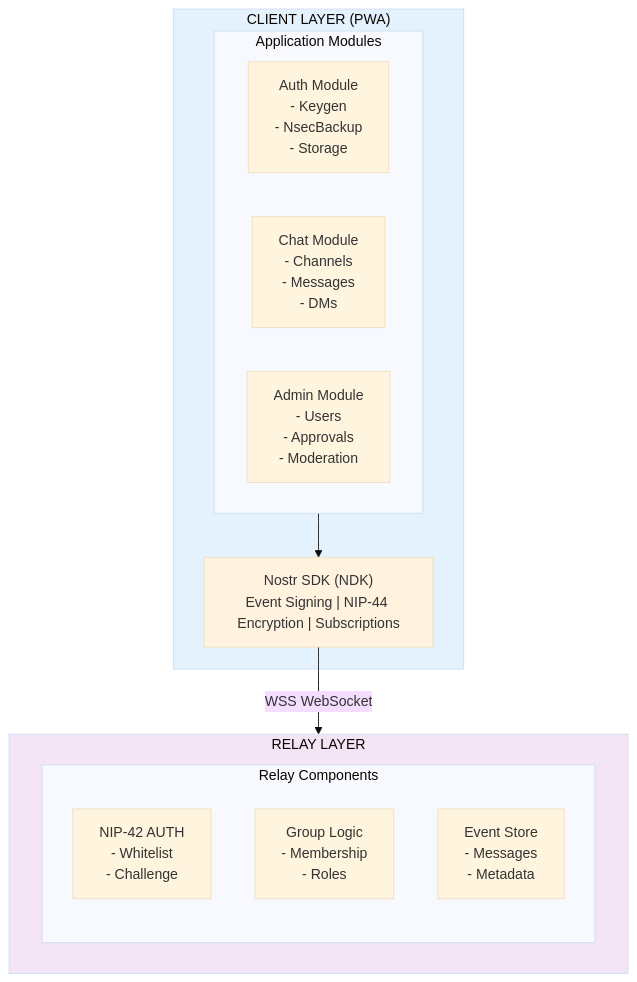
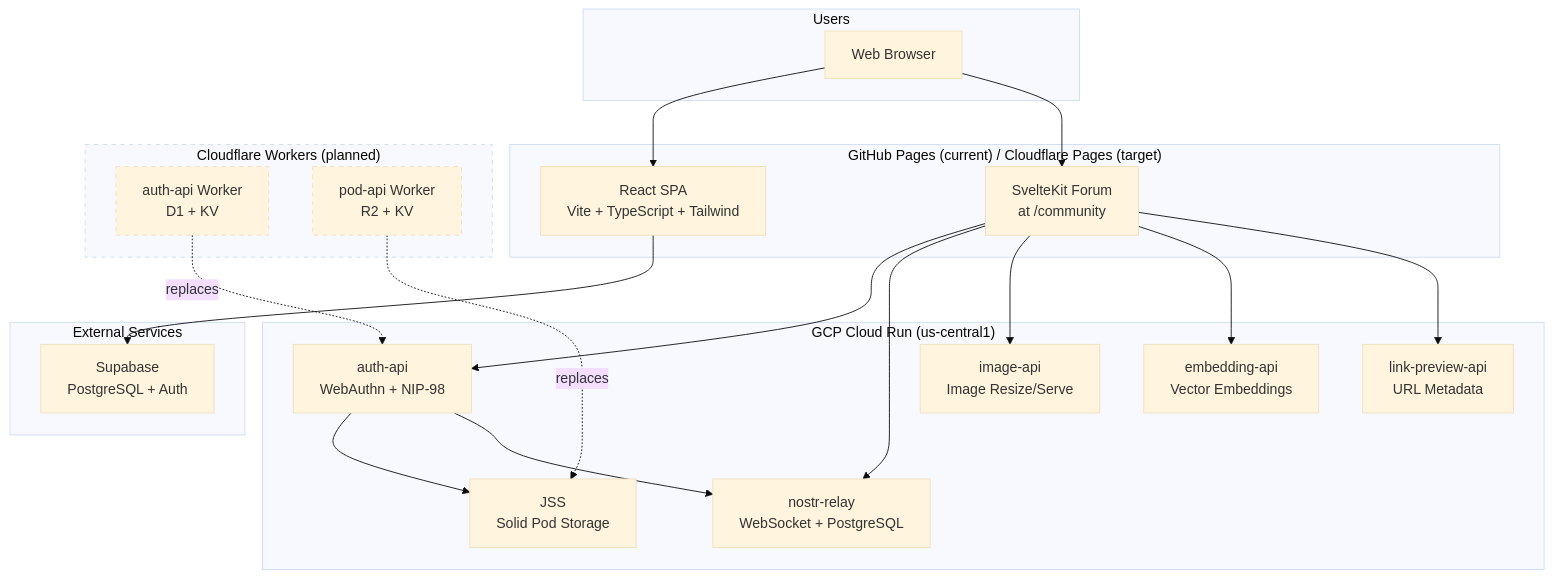
Before and after one commit to DreamLab-AI/dreamlab-ai-website: the first of 7 diagrams in docs/architecture.md, drawn with Mermaid (base theme). The commit also changed other lines of this file and 49 other files, not shown here.

````diff
--- a/docs/architecture.md
+++ b/docs/architecture.md
@@ -23,26 +13,47 @@
 ```mermaid
 graph TB
-    subgraph Client["CLIENT LAYER (PWA)"]
-        subgraph Modules["Application Modules"]
-            Auth["Auth Module<br/>- Keygen<br/>- NsecBackup<br/>- Storage"]
-            Chat["Chat Module<br/>- Channels<br/>- Messages<br/>- DMs"]
-            Admin["Admin Module<br/>- Users<br/>- Approvals<br/>- Moderation"]
-        end
-        NDK["Nostr SDK (NDK)<br/>Event Signing | NIP-44 Encryption | Subscriptions"]
-        Modules --> NDK
+    subgraph Users["Users"]
+        Browser["Web Browser"]
     end
 
-    NDK -->|WSS WebSocket| Relay
-
-    subgraph Relay["RELAY LAYER"]
-        subgraph RelayComponents["Relay Components"]
-            NIPAuth["NIP-42 AUTH<br/>- Whitelist<br/>- Challenge"]
-            GroupLogic["Group Logic<br/>- Membership<br/>- Roles"]
-            EventStore["Event Store<br/>- Messages<br/>- Metadata"]
-        end
+    subgraph GitHubPages["GitHub Pages (current) / Cloudflare Pages (target)"]
+        SPA["React SPA<br/>Vite + TypeScript + Tailwind"]
+        Forum["SvelteKit Forum<br/>at /community"]
     end
 
-    style Client fill:#e3f2fd
-    style Relay fill:#f3e5f5
-    style NDK fill:#fff3e0
+    subgraph CloudRun["GCP Cloud Run (us-central1)"]
+        AuthAPI["auth-api<br/>WebAuthn + NIP-98"]
+        JSS["JSS<br/>Solid Pod Storage"]
+        Relay["nostr-relay<br/>WebSocket + PostgreSQL"]
+        EmbeddingAPI["embedding-api<br/>Vector Embeddings"]
+        ImageAPI["image-api<br/>Image Resize/Serve"]
+        LinkPreviewAPI["link-preview-api<br/>URL Metadata"]
+    end
+
+    subgraph CloudflareWorkers["Cloudflare Workers (planned)"]
+        CFAuth["auth-api Worker<br/>D1 + KV"]
+        CFPod["pod-api Worker<br/>R2 + KV"]
+    end
+
+    subgraph External["External Services"]
+        Supabase["Supabase<br/>PostgreSQL + Auth"]
+    end
+
+    Browser --> SPA
+    Browser --> Forum
+    SPA --> Supabase
+    Forum --> AuthAPI
+    Forum --> Relay
+    Forum --> ImageAPI
+    Forum --> EmbeddingAPI
+    Forum --> LinkPreviewAPI
+    AuthAPI --> JSS
+    AuthAPI --> Relay
+
+    CFAuth -.->|"replaces"| AuthAPI
+    CFPod -.->|"replaces"| JSS
+
+    style CloudflareWorkers stroke-dasharray: 5 5
+    style CFAuth stroke-dasharray: 5 5
+    style CFPod stroke-dasharray: 5 5
 ```
````
